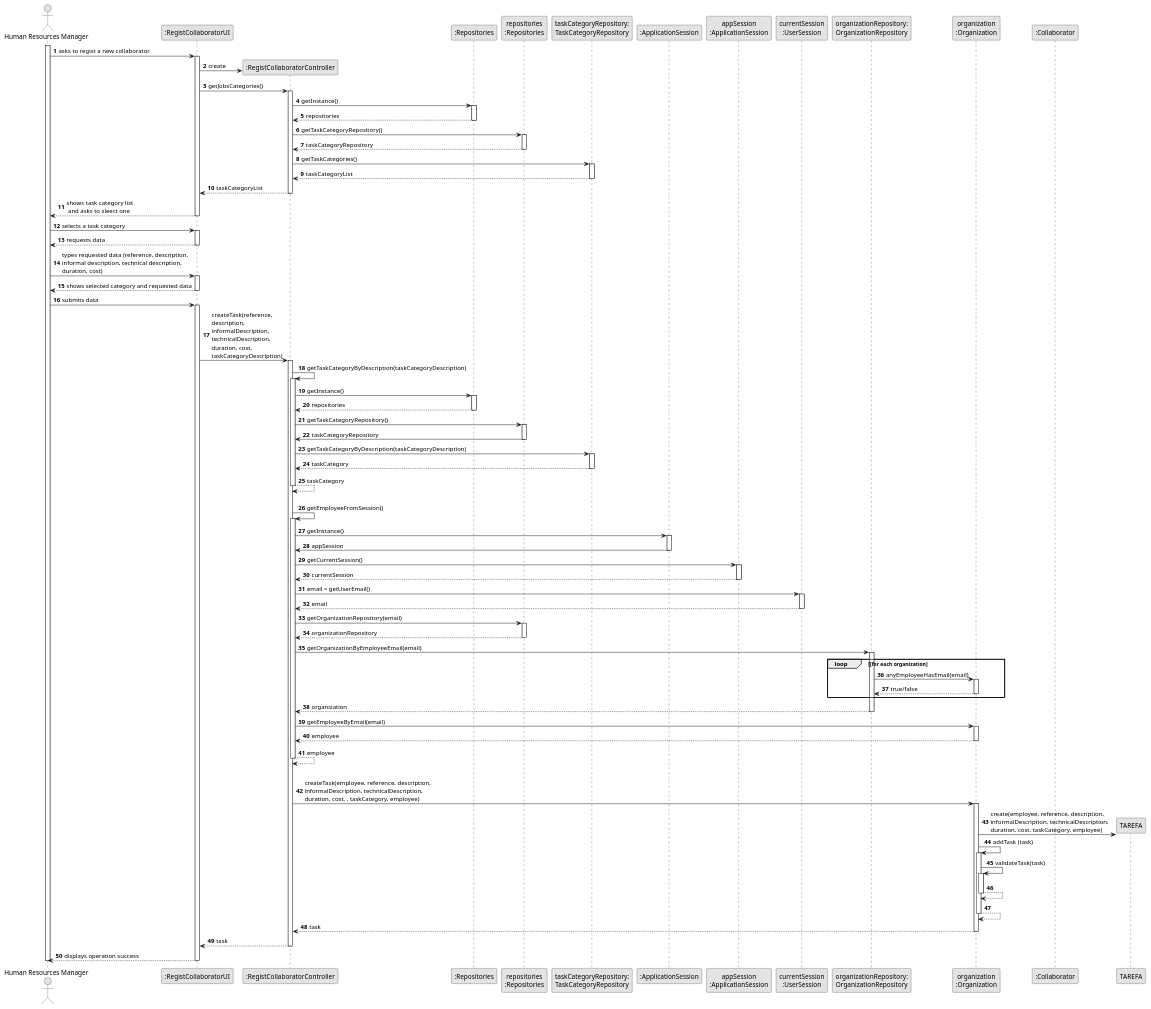
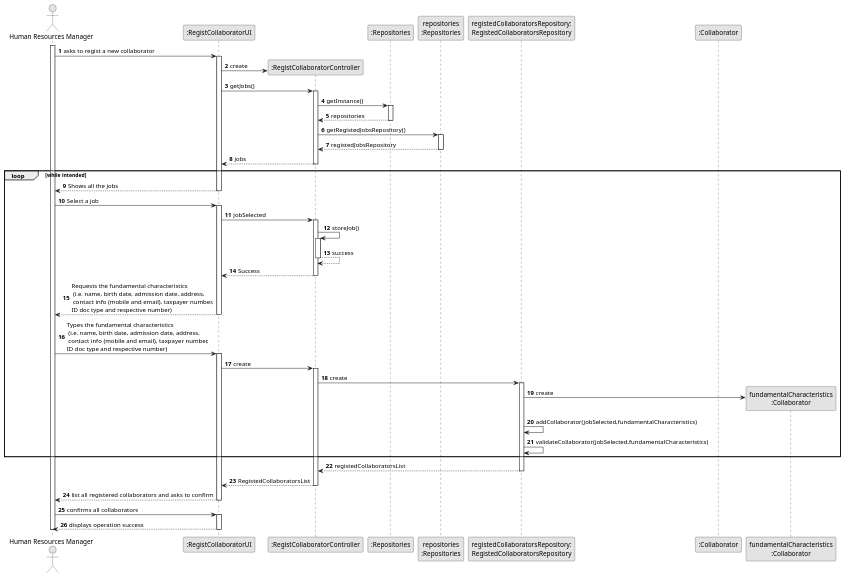
Before and after one commit to 1231360-ISEP/lei-24-s2-1db-g021: the diagram in docs/sprint2/us003/03.design/puml/us003-sequence-diagram-full.puml, drawn with PlantUML. The commit also changed 1 other file, not shown here.

```diff
--- a/docs/sprint2/us003/03.design/puml/us003-sequence-diagram-full.puml
+++ b/docs/sprint2/us003/03.design/puml/us003-sequence-diagram-full.puml
@@ -1,180 +1,97 @@
 @startuml
 skinparam monochrome true
 skinparam packageStyle rectangle
 skinparam shadowing false
 
 autonumber
 
 'hide footbox
 actor "Human Resources Manager" as ADM
 participant ":RegistCollaboratorUI" as UI
 participant ":RegistCollaboratorController" as CTRL
 participant ":Repositories" as RepositorySingleton
 participant "repositories\n:Repositories" as PLAT
-participant "taskCategoryRepository:\nTaskCategoryRepository" as TaskCategoryRepository
-participant ":ApplicationSession" as _APP
-participant "appSession\n:ApplicationSession" as APP
-participant "currentSession\n:UserSession" as SESSAO
-participant "organizationRepository:\nOrganizationRepository" as OrganizationRepository
-participant "organization\n:Organization" as ORG
+participant "registedCollaboratorsRepository:\nRegistedCollaboratorsRepository" as RegistedCollaboratorsRepository
 participant ":Collaborator" as Collaborator
+participant "fundamentalCharacteristics\n:Collaborator" as Data
 
 activate ADM
 
         ADM -> UI : asks to regist a new collaborator
 
         activate UI
 
 '            UI --> ADM : requests data (reference, description,  informal \n description, technical description, duration, cost)
             'create CTRL
             UI -> CTRL** : create
 
-            UI -> CTRL : getJobsCategories()
+            UI -> CTRL : getJobs()
             activate CTRL
 
                 CTRL -> RepositorySingleton : getInstance()
                 activate RepositorySingleton
 
                     RepositorySingleton --> CTRL: repositories
                 deactivate RepositorySingleton
 
-                CTRL -> PLAT : getTaskCategoryRepository()
+                CTRL -> PLAT : getRegistedJobsRepository()
                 activate PLAT
 
-                    PLAT --> CTRL: taskCategoryRepository
+                    PLAT --> CTRL: registedJobsRepository
                 deactivate PLAT
 
-                CTRL -> TaskCategoryRepository : getTaskCategories()
-                activate TaskCategoryRepository
+                CTRL --> UI : jobs
+            deactivate CTRL
+        loop while intended
+            UI --> ADM : Shows all the jobs
+        deactivate UI
 
-                    TaskCategoryRepository --> CTRL : taskCategoryList
-                deactivate TaskCategoryRepository
+    ADM -> UI : Select a job
+    activate UI
 
-                CTRL --> UI : taskCategoryList
+            UI -> CTRL : jobSelected
+                activate CTRL
+                CTRL -> CTRL : storeJob()
+
+                activate CTRL
+                    CTRL --> CTRL : success
+                deactivate CTRL
+
+                CTRL --> UI : Success
             deactivate CTRL
 
-            UI --> ADM : shows task category list\n and asks to sleect one
+            UI --> ADM : Requests the fundamental characteristics\n (i.e. name, birth date, admission date, address,\n contact info (mobile and email), taxpayer number,\nID doc type and respective number)
         deactivate UI
 
-    ADM -> UI : selects a task category
+    ADM -> UI : Types the fundamental characteristics\n (i.e. name, birth date, admission date, address,\n contact info (mobile and email), taxpayer number,\nID doc type and respective number)
     activate UI
+        UI -> CTRL: create
 
-        UI --> ADM : requests data
+        activate CTRL
+            CTRL -> RegistedCollaboratorsRepository : create
+
+            activate RegistedCollaboratorsRepository
+                RegistedCollaboratorsRepository -> Data**: create
+                RegistedCollaboratorsRepository -> RegistedCollaboratorsRepository: addCollaborator(jobSelected,fundamentalCharacteristics)
+                RegistedCollaboratorsRepository -> RegistedCollaboratorsRepository: validateCollaborator(jobSelected,fundamentalCharacteristics)
+        end
+                RegistedCollaboratorsRepository --> CTRL : registedCollaboratorsList
+            deactivate RegistedCollaboratorsRepository
+
+            CTRL --> UI : RegistedCollaboratorsList
+
+        deactivate CTRL
+
+        UI --> ADM : list all registered collaborators and asks to confirm
+
     deactivate UI
 
-    ADM -> UI : types requested data (reference, description, \ninformal description, technical description,\nduration, cost)
+    ADM -> UI : confirms all collaborators
+
     activate UI
-
-        UI --> ADM : shows selected category and requested data
-    deactivate UI
-
-    ADM -> UI : submits data
-    activate UI
-
-        UI -> CTRL : createTask(reference,\ndescription,\ninformalDescription,\ntechnicalDescription,\nduration, cost,\ntaskCategoryDescription)
-        activate CTRL
-
-            CTRL -> CTRL : getTaskCategoryByDescription(taskCategoryDescription)
-            activate CTRL
-
-                CTRL -> RepositorySingleton : getInstance()
-                activate RepositorySingleton
-
-                    RepositorySingleton --> CTRL: repositories
-                deactivate RepositorySingleton
-
-                CTRL -> PLAT : getTaskCategoryRepository()
-                activate PLAT
-
-                    PLAT -> CTRL : taskCategoryRepository
-                deactivate PLAT
-
-                CTRL -> TaskCategoryRepository : getTaskCategoryByDescription(taskCategoryDescription)
-                activate TaskCategoryRepository
-
-                    TaskCategoryRepository --> CTRL : taskCategory
-                deactivate TaskCategoryRepository
-                    CTRL --> CTRL : taskCategory
-            deactivate CTRL
-
-            |||
-            CTRL -> CTRL : getEmployeeFromSession()
-            activate CTRL
-
-                CTRL -> _APP: getInstance()
-                activate _APP
-                    _APP -> CTRL: appSession
-                deactivate _APP
-
-
-                CTRL -> APP: getCurrentSession()
-                activate APP
-
-                    APP --> CTRL: currentSession
-                deactivate APP
-
-                CTRL -> SESSAO: email = getUserEmail()
-                activate SESSAO
-
-                    SESSAO --> CTRL: email
-                deactivate SESSAO
-
-
-                CTRL -> PLAT: getOrganizationRepository(email)
-                activate PLAT
-
-                    PLAT --> CTRL: organizationRepository
-                deactivate PLAT
-
-
-                CTRL -> OrganizationRepository: getOrganizationByEmployeeEmail(email)
-                activate OrganizationRepository
-
-                    loop [for each organization
-                        OrganizationRepository -> ORG : anyEmployeeHasEmail(email)
-                        activate ORG
-
-                             ORG --> OrganizationRepository : true/false
-                        deactivate ORG
-                    end
-                    OrganizationRepository --> CTRL : organization
-                deactivate OrganizationRepository
-
-                CTRL -> ORG: getEmployeeByEmail(email)
-                activate ORG
-
-                    ORG --> CTRL : employee
-                deactivate ORG
-
-                CTRL --> CTRL : employee
-            deactivate CTRL
-
-            |||
-            CTRL -> ORG: createTask(employee, reference, description,\ninformalDescription, technicalDescription,\nduration, cost, , taskCategory, employee)
-            activate ORG
-
-                ORG -> TAREFA**: create(employee, reference, description,\ninformalDescription, technicalDescription,\nduration, cost, taskCategory, employee)
-                ORG -> ORG: addTask (task)
-
-
-                activate ORG
-                    ORG -> ORG: validateTask(task)
-                    activate ORG
-                        ORG --> ORG
-                    deactivate ORG
-
-                    ORG --> ORG
-                deactivate ORG
-
-                ORG --> CTRL : task
-
-            deactivate ORG
-
-            CTRL --> UI: task
-            deactivate CTRL
-            UI --> ADM: displays operation success
+    UI --> ADM : displays operation success
     deactivate UI
 
 deactivate ADM
 
 @enduml
```
